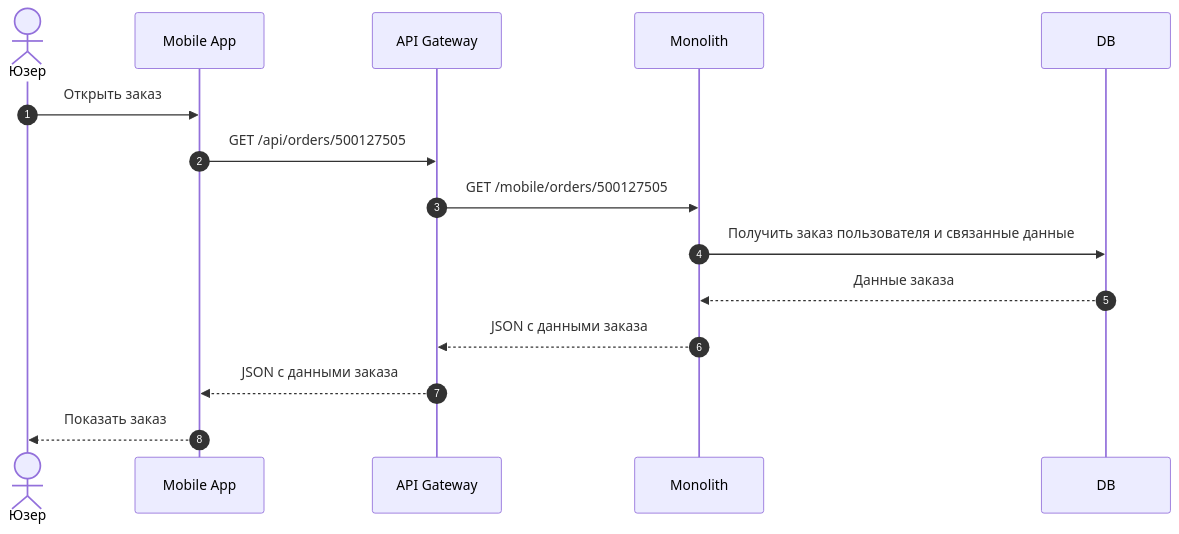
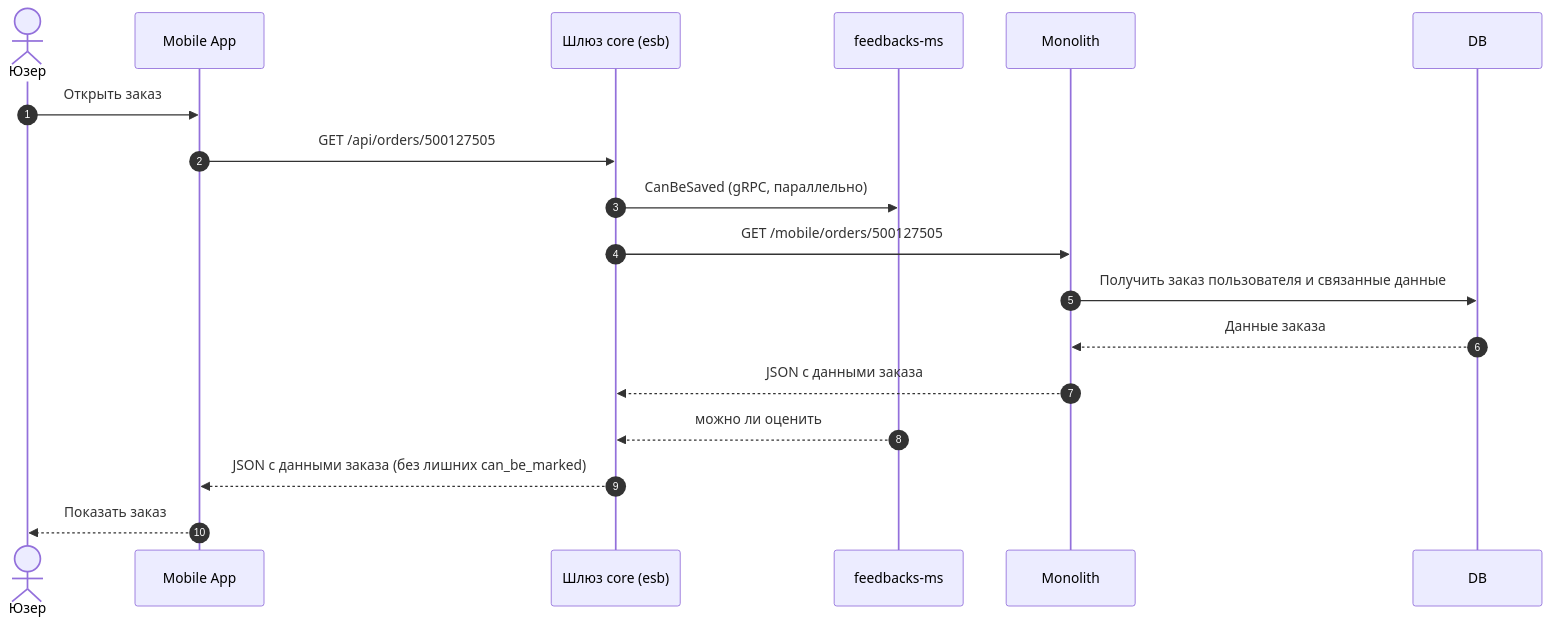
Before and after one commit to Terinss155/opencode-agents-analysis: the second of 2 diagrams in knowledge/12storeez-master-web/api/mobile/order-view_mobile.md, drawn with Mermaid. The commit also changed other lines of this file and 266 other files, not shown here.

First line of the commit message:
Возвраты 2.0: баллы в Mindbox (BL-RET-BONUS), модель данных заявки (ERD-RET), задачи отдельно от требований

````diff
--- a/knowledge/12storeez-master-web/api/mobile/order-view_mobile.md
+++ b/knowledge/12storeez-master-web/api/mobile/order-view_mobile.md
@@ -81,18 +98,21 @@
 ```mermaid
 sequenceDiagram
     autonumber
     actor U as Юзер
     participant APP as Mobile App
-    participant GW as API Gateway
+    participant GW as Шлюз core (esb)
+    participant FB as feedbacks-ms
     participant MON as Monolith
     participant DB as DB
 
     U ->> APP: Открыть заказ
     APP ->> GW: GET /api/orders/500127505
+    GW ->> FB: CanBeSaved (gRPC, параллельно)
     GW ->> MON: GET /mobile/orders/500127505
     MON ->> DB: Получить заказ пользователя и связанные данные
     DB -->> MON: Данные заказа
     MON -->> GW: JSON с данными заказа
-    GW -->> APP: JSON с данными заказа
+    FB -->> GW: можно ли оценить
+    GW -->> APP: JSON с данными заказа (без лишних can_be_marked)
     APP -->> U: Показать заказ
 ```
````
